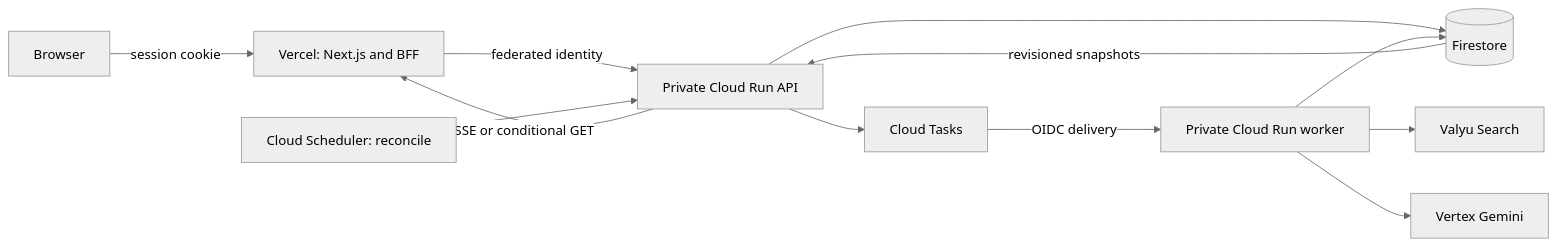
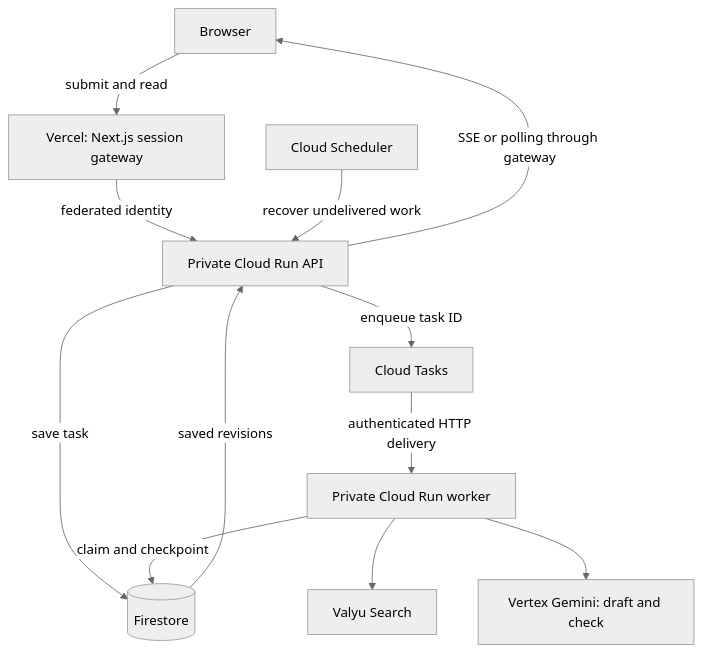
The diagram in README.md (machineyearningengineer/fieldnotes), drawn with Mermaid (neutral theme) before and after one commit. The commit also changed other lines of this file and 2 other files, not shown here.

Commit message:
Lead with product evidence and clarify private archive handling

````diff
--- a/README.md
+++ b/README.md
@@ -45,14 +50,14 @@
 ```mermaid
-flowchart LR
-  Browser -->|session cookie| Vercel[Vercel: Next.js and BFF]
-  Vercel -->|federated identity| API[Private Cloud Run API]
-  API --> DB[(Firestore)]
-  API --> Queue[Cloud Tasks]
-  Scheduler[Cloud Scheduler: reconcile] --> API
-  Queue -->|OIDC delivery| Worker[Private Cloud Run worker]
-  Worker --> DB
+flowchart TD
+  Browser -->|submit and read| Gateway[Vercel: Next.js session gateway]
+  Gateway -->|federated identity| API[Private Cloud Run API]
+  API -->|save task| DB[(Firestore)]
+  API -->|enqueue task ID| Queue[Cloud Tasks]
+  Queue -->|authenticated HTTP delivery| Worker[Private Cloud Run worker]
+  Worker -->|claim and checkpoint| DB
   Worker --> Search[Valyu Search]
-  Worker --> Model[Vertex Gemini]
-  DB -->|revisioned snapshots| API
-  API -->|SSE or conditional GET| Vercel
+  Worker --> Model[Vertex Gemini: draft and check]
+  Scheduler[Cloud Scheduler] -->|recover undelivered work| API
+  DB -->|saved revisions| API
+  API -->|SSE or polling through gateway| Browser
 ```
````
